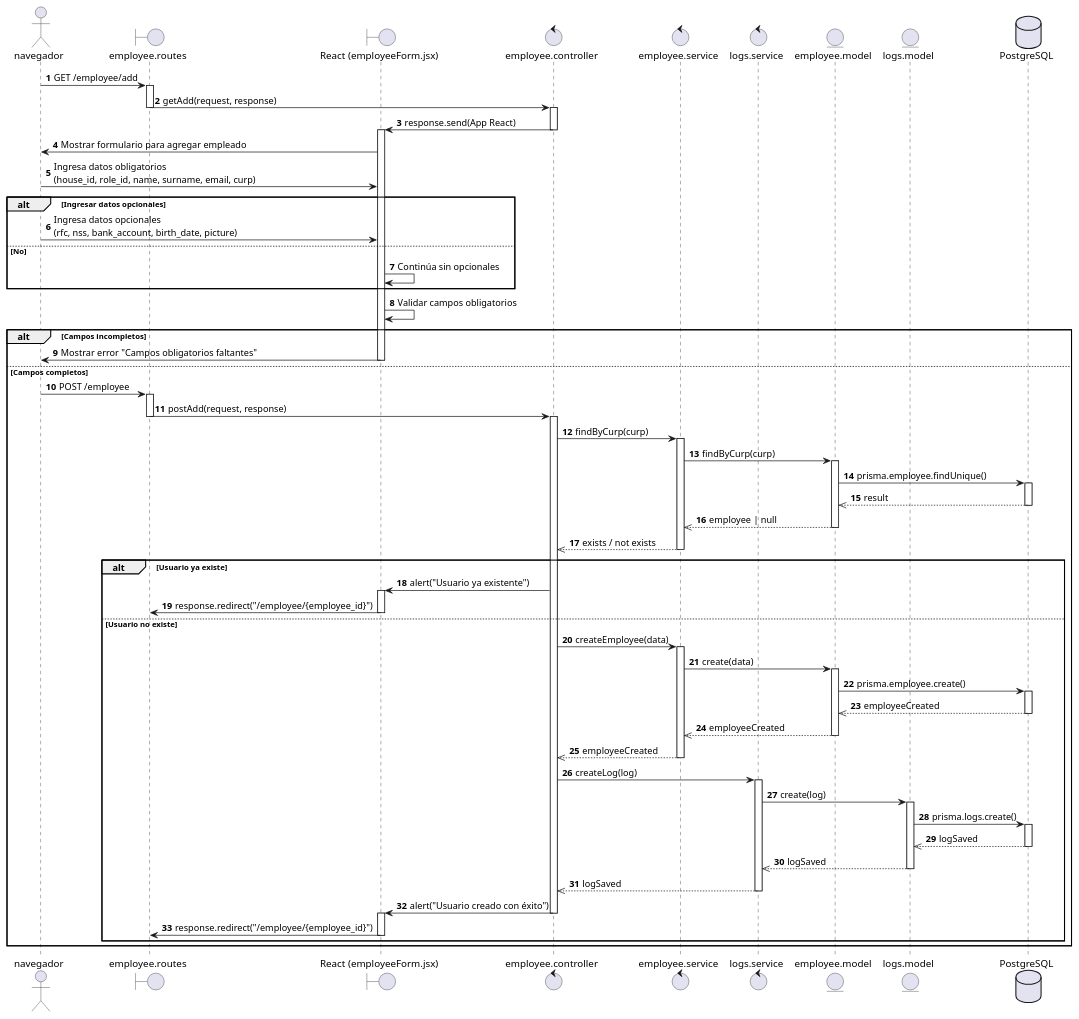
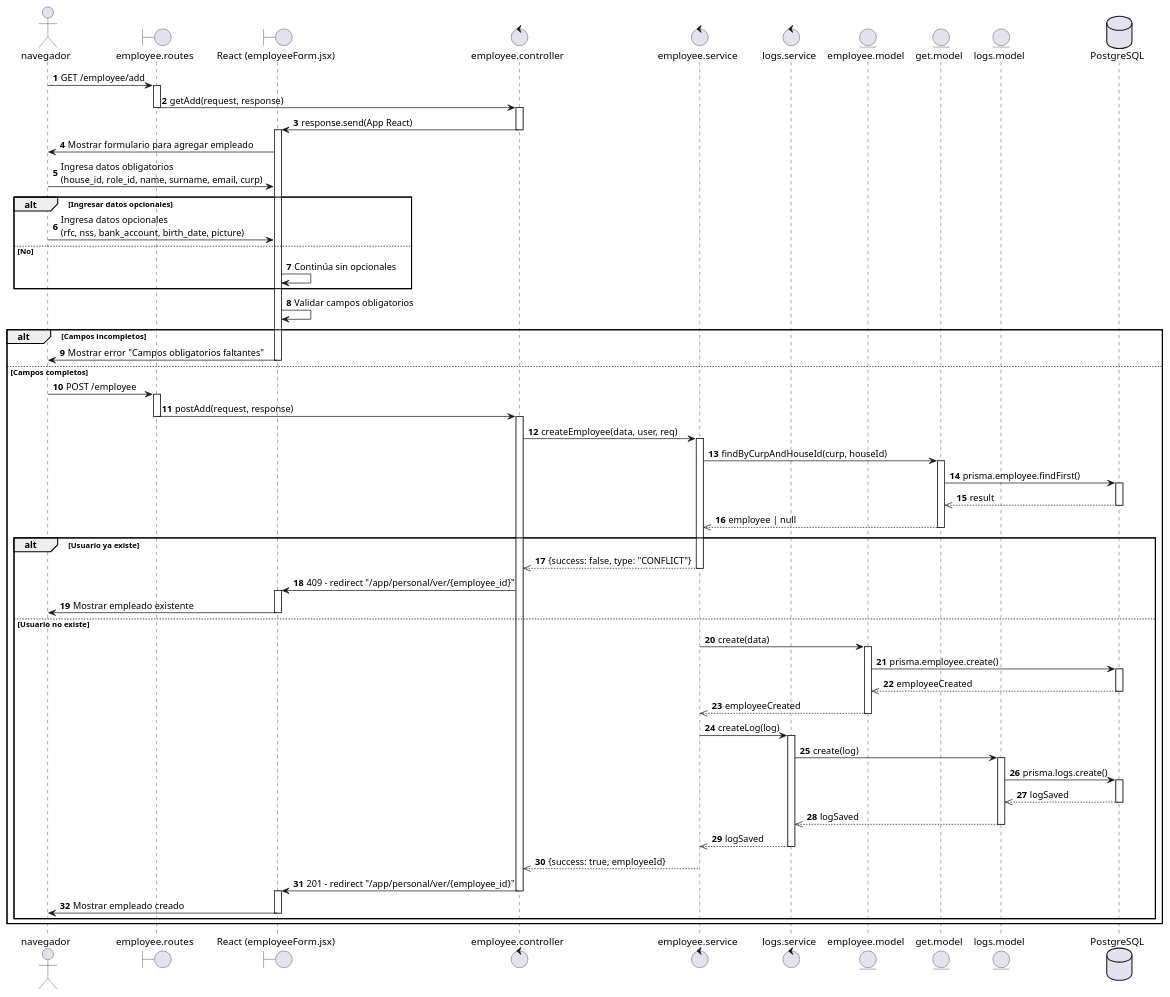
Before and after one commit to AztlanConsulting/RCHQ-Back: the diagram in diagrams/Sequence diagram/US10.puml, drawn with PlantUML.

Commit message:
docs(DS): Se actualiza el diagrama de secuencia con los cambios.

```diff
--- a/diagrams/Sequence diagram/US10.puml
+++ b/diagrams/Sequence diagram/US10.puml
@@ -1,120 +1,116 @@
 @startuml HU10 - Administrador registra empleado
 
 actor navegador
 boundary employee.routes
 boundary "React (employeeForm.jsx)" as ReactView
 control employee.controller
 control employee.service
 control logs.service
 entity employee.model
+entity get.model
 entity logs.model
 database PostgreSQL
 
 autonumber
 
 navegador -> employee.routes : GET /employee/add
 activate employee.routes
 
 employee.routes -> employee.controller: getAdd(request, response)
 deactivate employee.routes
 activate employee.controller
 
 employee.controller -> ReactView: response.send(App React)
 deactivate employee.controller
 activate ReactView
 
 ReactView -> navegador : Mostrar formulario para agregar empleado
 
 navegador -> ReactView : Ingresa datos obligatorios\n(house_id, role_id, name, surname, email, curp)
 
 alt Ingresar datos opcionales
     navegador -> ReactView : Ingresa datos opcionales\n(rfc, nss, bank_account, birth_date, picture)
 else No
     ReactView -> ReactView : Continúa sin opcionales
 end
 
 ReactView -> ReactView : Validar campos obligatorios
 
 alt Campos incompletos
     ReactView -> navegador : Mostrar error "Campos obligatorios faltantes"
     deactivate ReactView
 else Campos completos
 
     navegador -> employee.routes : POST /employee
     deactivate navegador
     activate employee.routes
 
     employee.routes -> employee.controller : postAdd(request, response)
     deactivate employee.routes
     activate employee.controller
 
-    employee.controller -> employee.service : findByCurp(curp)
+    employee.controller -> employee.service : createEmployee(data, user, req)
     activate employee.service
 
-    employee.service -> employee.model : findByCurp(curp)
-    activate employee.model
+    employee.service -> get.model : findByCurpAndHouseId(curp, houseId)
+    activate get.model
 
-    employee.model -> PostgreSQL : prisma.employee.findUnique()
+    get.model -> PostgreSQL : prisma.employee.findFirst()
     activate PostgreSQL
-    PostgreSQL -->> employee.model : result
+    PostgreSQL -->> get.model : result
     deactivate PostgreSQL
 
-    employee.model -->> employee.service : employee | null
-    deactivate employee.model
-
-    employee.service -->> employee.controller : exists / not exists
-    deactivate employee.service
+    get.model -->> employee.service : employee | null
+    deactivate get.model
 
     alt Usuario ya existe
-        employee.controller -> ReactView : alert("Usuario ya existente")
+        employee.service -->> employee.controller : {success: false, type: "CONFLICT"}
+        deactivate employee.service
+
+        employee.controller -> ReactView : 409 - redirect "/app/personal/ver/{employee_id}"
         activate ReactView
+        ReactView -> navegador : Mostrar empleado existente
+        deactivate ReactView
 
-        ReactView -> employee.routes : response.redirect("/employee/{employee_id}")
-        deactivate ReactView
-        
     else Usuario no existe
-        employee.controller -> employee.service : createEmployee(data)
-        activate employee.service
-
         employee.service -> employee.model : create(data)
         activate employee.model
 
         employee.model -> PostgreSQL : prisma.employee.create()
         activate PostgreSQL
         PostgreSQL -->> employee.model : employeeCreated
         deactivate PostgreSQL
 
         employee.model -->> employee.service : employeeCreated
         deactivate employee.model
 
-        employee.service -->> employee.controller : employeeCreated
-        deactivate employee.service
-        
-        employee.controller -> logs.service : createLog(log)
+        employee.service -> logs.service : createLog(log)
         activate logs.service
 
         logs.service -> logs.model : create(log)
         activate logs.model
 
         logs.model -> PostgreSQL : prisma.logs.create()
         activate PostgreSQL
         PostgreSQL -->> logs.model : logSaved
         deactivate PostgreSQL
 
         logs.model -->> logs.service : logSaved
         deactivate logs.model
 
-        logs.service -->> employee.controller : logSaved
+        logs.service -->> employee.service : logSaved
         deactivate logs.service
 
-        employee.controller -> ReactView : alert("Usuario creado con éxito")
+        employee.service -->> employee.controller : {success: true, employeeId}
+        deactivate employee.service
+
+        employee.controller -> ReactView : 201 - redirect "/app/personal/ver/{employee_id}"
         deactivate employee.controller
         activate ReactView
-        
-        ReactView -> employee.routes : response.redirect("/employee/{employee_id}")
+        ReactView -> navegador : Mostrar empleado creado
         deactivate ReactView
 
     end
 end
 
 @enduml
```
